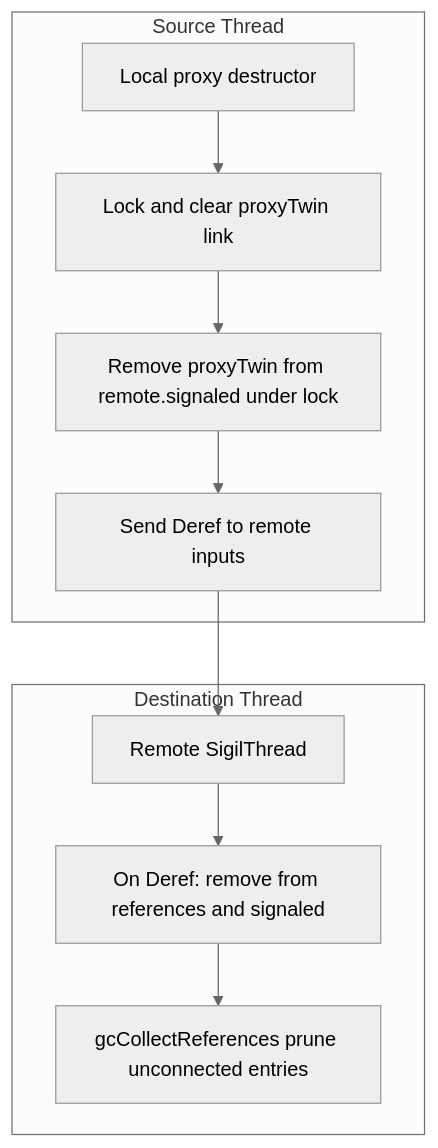
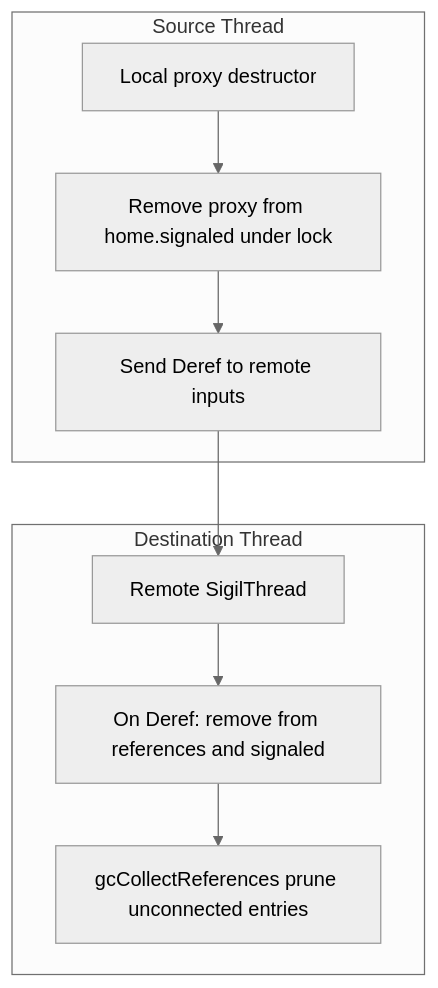
The second of 2 diagrams in docs/threading.md (elcritch/sigils), drawn with Mermaid (neutral theme) before and after one commit. The commit also changed other lines of this file and 16 other files, not shown here.

````diff
--- a/docs/threading.md
+++ b/docs/threading.md
@@ -264,22 +261,20 @@
 ```mermaid
 flowchart TD
   subgraph ST[Source Thread]
     Dtor[Local proxy destructor];
-    TwinLock[Lock and clear proxyTwin link];
-    Unsig[Remove proxyTwin from remote.signaled under lock];
+    Unsig[Remove proxy from home.signaled under lock];
     SendDeref[Send Deref to remote inputs];
-    Dtor --> TwinLock;
-    TwinLock --> Unsig;
+    Dtor --> Unsig;
     Unsig --> SendDeref;
   end
 
   subgraph DT[Destination Thread]
     RT2[Remote SigilThread];
     ExecDeref[On Deref: remove from references and signaled];
     GC[gcCollectReferences prune unconnected entries];
   end
 
   SendDeref --> RT2;
   RT2 --> ExecDeref;
   ExecDeref --> GC;
 ```
````
